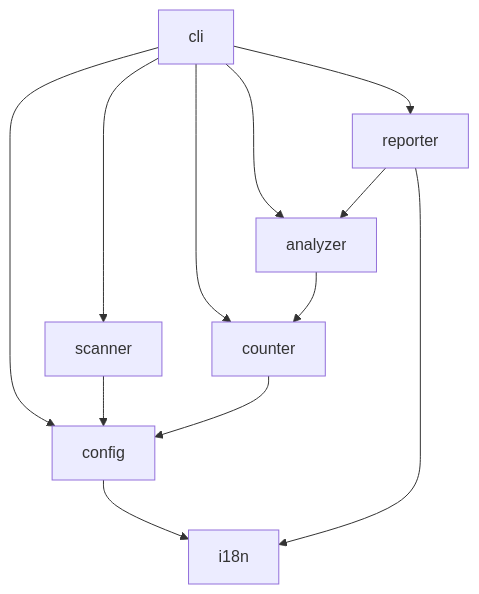
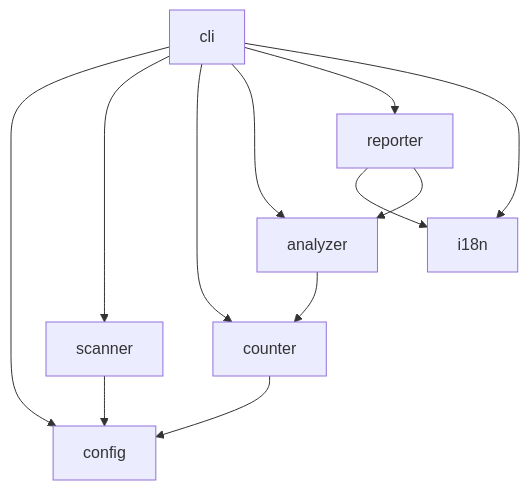
One commit to ousiassllc/Linterly changed the first of 3 diagrams in docs/components/overview.md. Above: the diagram before and after it, drawn with Mermaid. The commit also changed other lines of this file and 4 other files, not shown here.

````diff
--- a/docs/components/overview.md
+++ b/docs/components/overview.md
@@ -5,22 +5,22 @@
 ```mermaid
 graph TD
     CLI["cli"]
     Config["config"]
     Scanner["scanner"]
     Counter["counter"]
     Analyzer["analyzer"]
     Reporter["reporter"]
     I18n["i18n"]
 
     CLI --> Config
     CLI --> Scanner
     CLI --> Counter
     CLI --> Analyzer
     CLI --> Reporter
-    Config --> I18n
+    CLI --> I18n
     Scanner --> Config
     Counter --> Config
     Analyzer --> Counter
     Reporter --> I18n
     Reporter --> Analyzer
 ```
````
